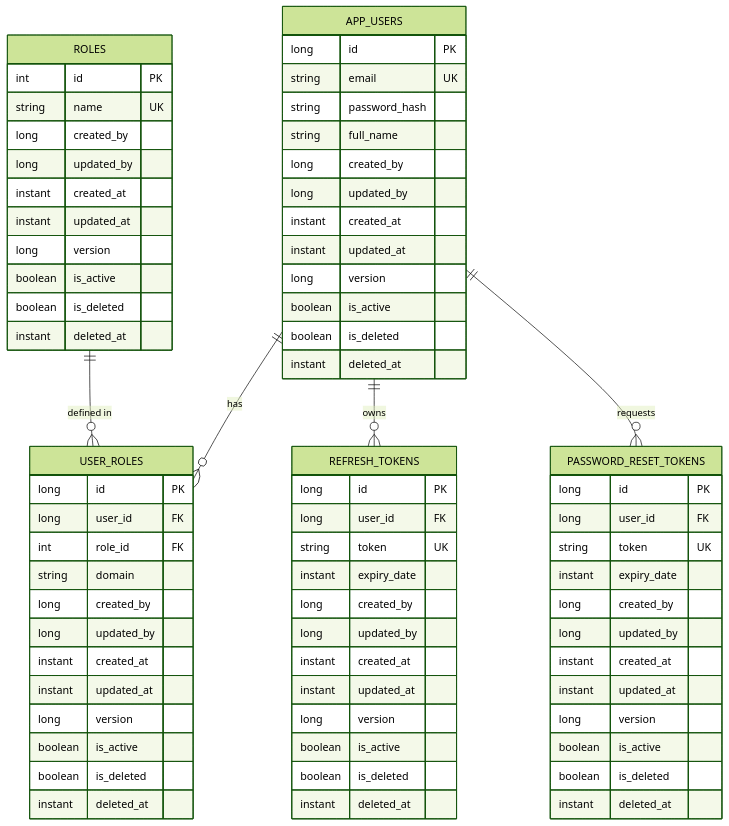
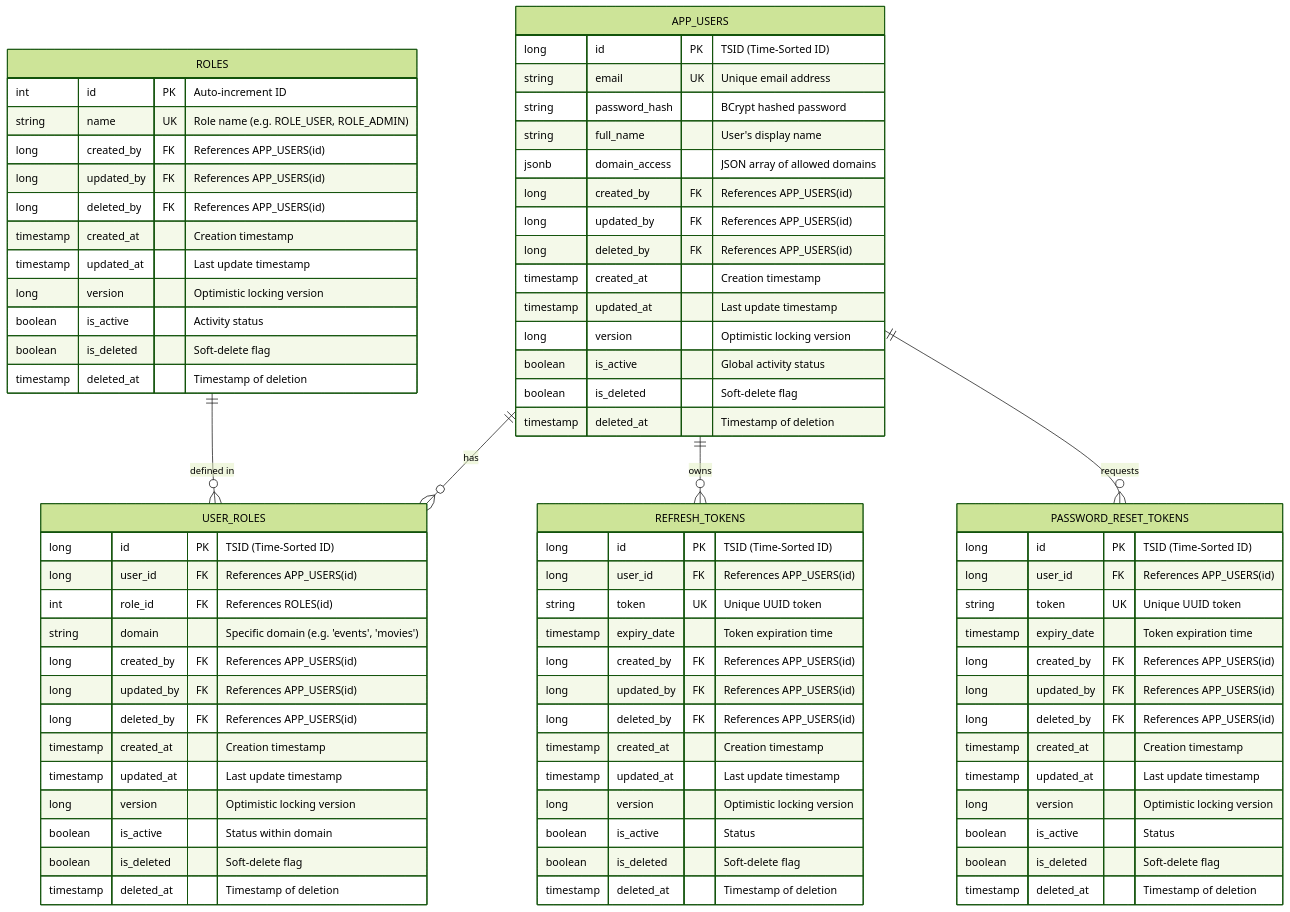
The fifth of 5 diagrams in README.md (Naveen2070/Hive-Identity), drawn with Mermaid (forest theme) before and after one commit. The commit also changed 7 other files, not shown here.

Commit message:
feat: implement deleted_by audit field and synchronize ERD with core-api style

````diff
--- a/README.md
+++ b/README.md
@@ -229,75 +229,81 @@
     APP_USERS ||--o{ PASSWORD_RESET_TOKENS : "requests"
 
     APP_USERS {
-        long id PK
-        string email UK
-        string password_hash
-        string full_name
-        long created_by
-        long updated_by
-        instant created_at
-        instant updated_at
-        long version
-        boolean is_active
-        boolean is_deleted
-        instant deleted_at
+        long id PK "TSID (Time-Sorted ID)"
+        string email UK "Unique email address"
+        string password_hash "BCrypt hashed password"
+        string full_name "User's display name"
+        jsonb domain_access "JSON array of allowed domains"
+        long created_by FK "References APP_USERS(id)"
+        long updated_by FK "References APP_USERS(id)"
+        long deleted_by FK "References APP_USERS(id)"
+        timestamp created_at "Creation timestamp"
+        timestamp updated_at "Last update timestamp"
+        long version "Optimistic locking version"
+        boolean is_active "Global activity status"
+        boolean is_deleted "Soft-delete flag"
+        timestamp deleted_at "Timestamp of deletion"
     }
 
     ROLES {
-        int id PK
-        string name UK
-        long created_by
-        long updated_by
-        instant created_at
-        instant updated_at
-        long version
-        boolean is_active
-        boolean is_deleted
-        instant deleted_at
+        int id PK "Auto-increment ID"
+        string name UK "Role name (e.g. ROLE_USER, ROLE_ADMIN)"
+        long created_by FK "References APP_USERS(id)"
+        long updated_by FK "References APP_USERS(id)"
+        long deleted_by FK "References APP_USERS(id)"
+        timestamp created_at "Creation timestamp"
+        timestamp updated_at "Last update timestamp"
+        long version "Optimistic locking version"
+        boolean is_active "Activity status"
+        boolean is_deleted "Soft-delete flag"
+        timestamp deleted_at "Timestamp of deletion"
     }
 
     USER_ROLES {
-        long id PK
-        long user_id FK
-        int role_id FK
-        string domain
-        long created_by
-        long updated_by
-        instant created_at
-        instant updated_at
-        long version
-        boolean is_active
-        boolean is_deleted
-        instant deleted_at
+        long id PK "TSID (Time-Sorted ID)"
+        long user_id FK "References APP_USERS(id)"
+        int role_id FK "References ROLES(id)"
+        string domain "Specific domain (e.g. 'events', 'movies')"
+        long created_by FK "References APP_USERS(id)"
+        long updated_by FK "References APP_USERS(id)"
+        long deleted_by FK "References APP_USERS(id)"
+        timestamp created_at "Creation timestamp"
+        timestamp updated_at "Last update timestamp"
+        long version "Optimistic locking version"
+        boolean is_active "Status within domain"
+        boolean is_deleted "Soft-delete flag"
+        timestamp deleted_at "Timestamp of deletion"
     }
 
     REFRESH_TOKENS {
-        long id PK
-        long user_id FK
-        string token UK
-        instant expiry_date
-        long created_by
-        long updated_by
-        instant created_at
-        instant updated_at
-        long version
-        boolean is_active
-        boolean is_deleted
-        instant deleted_at
+        long id PK "TSID (Time-Sorted ID)"
+        long user_id FK "References APP_USERS(id)"
+        string token UK "Unique UUID token"
+        timestamp expiry_date "Token expiration time"
+        long created_by FK "References APP_USERS(id)"
+        long updated_by FK "References APP_USERS(id)"
+        long deleted_by FK "References APP_USERS(id)"
+        timestamp created_at "Creation timestamp"
+        timestamp updated_at "Last update timestamp"
+        long version "Optimistic locking version"
+        boolean is_active "Status"
+        boolean is_deleted "Soft-delete flag"
+        timestamp deleted_at "Timestamp of deletion"
     }
 
     PASSWORD_RESET_TOKENS {
-        long id PK
-        long user_id FK
-        string token UK
-        instant expiry_date
-        long created_by
-        long updated_by
-        instant created_at
-        instant updated_at
-        long version
-        boolean is_active
-        boolean is_deleted
-        instant deleted_at
+        long id PK "TSID (Time-Sorted ID)"
+        long user_id FK "References APP_USERS(id)"
+        string token UK "Unique UUID token"
+        timestamp expiry_date "Token expiration time"
+        long created_by FK "References APP_USERS(id)"
+        long updated_by FK "References APP_USERS(id)"
+        long deleted_by FK "References APP_USERS(id)"
+        timestamp created_at "Creation timestamp"
+        timestamp updated_at "Last update timestamp"
+        long version "Optimistic locking version"
+        boolean is_active "Status"
+        boolean is_deleted "Soft-delete flag"
+        timestamp deleted_at "Timestamp of deletion"
     }
 ```
````
